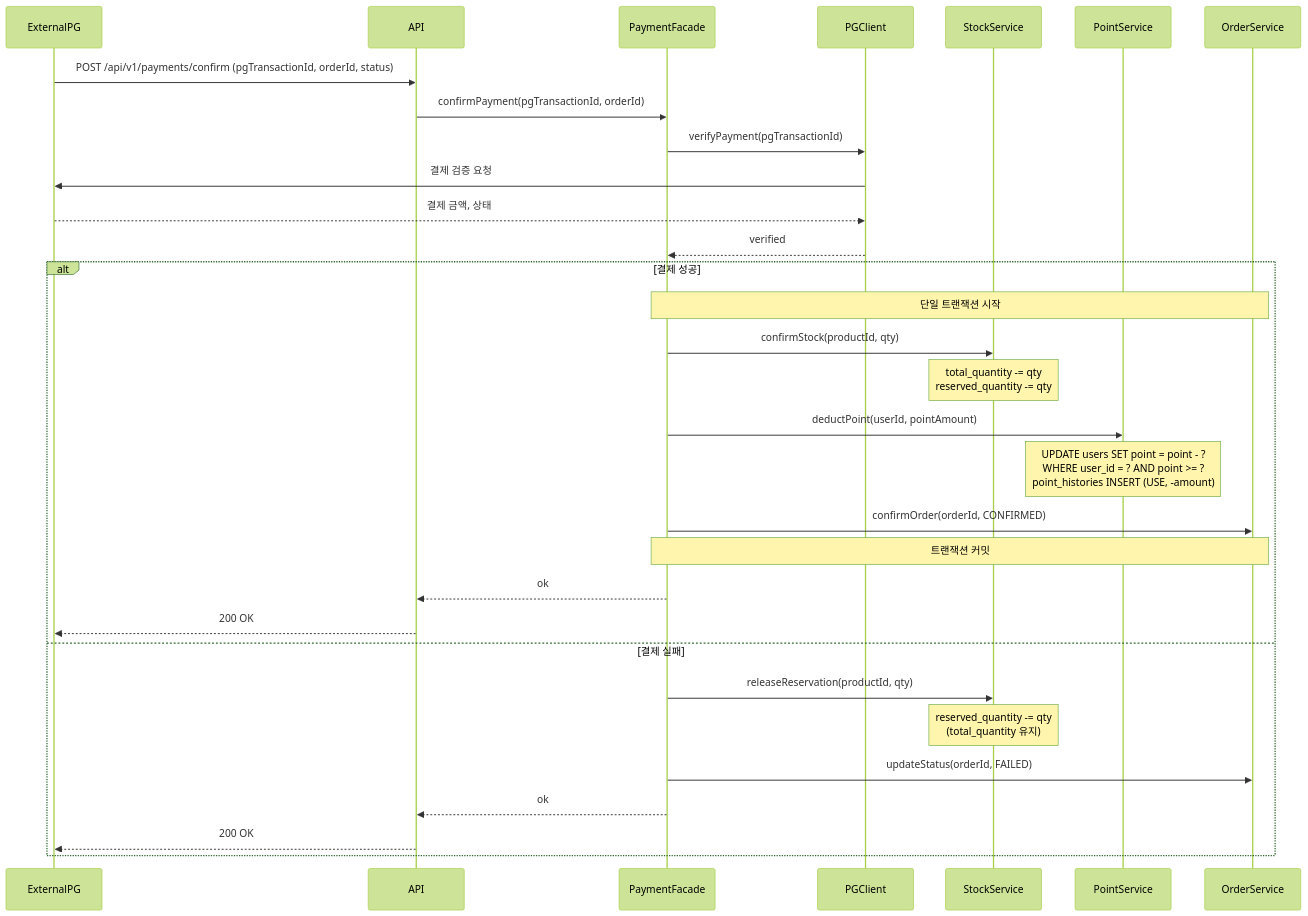
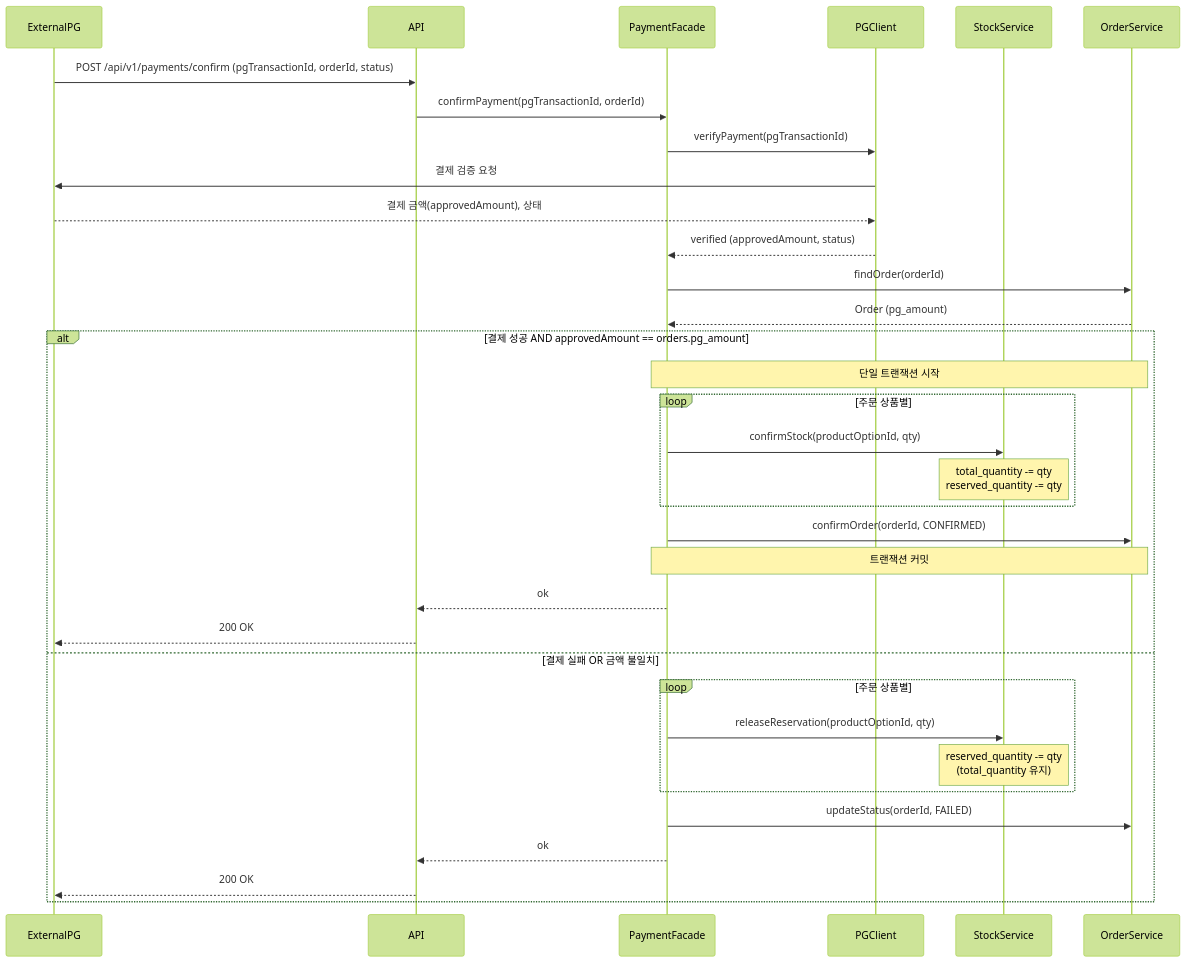
Before and after one commit to loopers-labs/loop-pack-be-l2-vol4-java: the second of 7 diagrams in .docs/design/02-sequence-diagrams.md, drawn with Mermaid (forest theme). The commit also changed other lines of this file and 3 other files, not shown here.

````diff
--- a/.docs/design/02-sequence-diagrams.md
+++ b/.docs/design/02-sequence-diagrams.md
@@ -57,41 +61,44 @@
 ```mermaid
 sequenceDiagram
     participant ExternalPG
     participant API
     participant PaymentFacade
     participant PGClient
     participant StockService
-    participant PointService
     participant OrderService
 
     ExternalPG->>API: POST /api/v1/payments/confirm (pgTransactionId, orderId, status)
     API->>PaymentFacade: confirmPayment(pgTransactionId, orderId)
 
     PaymentFacade->>PGClient: verifyPayment(pgTransactionId)
     PGClient->>ExternalPG: 결제 검증 요청
-    ExternalPG-->>PGClient: 결제 금액, 상태
-    PGClient-->>PaymentFacade: verified
+    ExternalPG-->>PGClient: 결제 금액(approvedAmount), 상태
+    PGClient-->>PaymentFacade: verified (approvedAmount, status)
 
-    alt 결제 성공
+    PaymentFacade->>OrderService: findOrder(orderId)
+    OrderService-->>PaymentFacade: Order (pg_amount)
+
+    alt 결제 성공 AND approvedAmount == orders.pg_amount
         Note over PaymentFacade, OrderService: 단일 트랜잭션 시작
-        PaymentFacade->>StockService: confirmStock(productId, qty)
-        Note over StockService: total_quantity -= qty<br/>reserved_quantity -= qty
-
-        PaymentFacade->>PointService: deductPoint(userId, pointAmount)
-        Note over PointService: UPDATE users SET point = point - ?<br/>WHERE user_id = ? AND point >= ?<br/>point_histories INSERT (USE, -amount)
+        loop 주문 상품별
+            PaymentFacade->>StockService: confirmStock(productOptionId, qty)
+            Note over StockService: total_quantity -= qty<br/>reserved_quantity -= qty
+        end
 
         PaymentFacade->>OrderService: confirmOrder(orderId, CONFIRMED)
         Note over PaymentFacade, OrderService: 트랜잭션 커밋
 
         PaymentFacade-->>API: ok
         API-->>ExternalPG: 200 OK
 
-    else 결제 실패
-        PaymentFacade->>StockService: releaseReservation(productId, qty)
-        Note over StockService: reserved_quantity -= qty<br/>(total_quantity 유지)
+    else 결제 실패 OR 금액 불일치
+        loop 주문 상품별
+            PaymentFacade->>StockService: releaseReservation(productOptionId, qty)
+            Note over StockService: reserved_quantity -= qty<br/>(total_quantity 유지)
+        end
 
         PaymentFacade->>OrderService: updateStatus(orderId, FAILED)
         PaymentFacade-->>API: ok
         API-->>ExternalPG: 200 OK
     end
 ```
````
